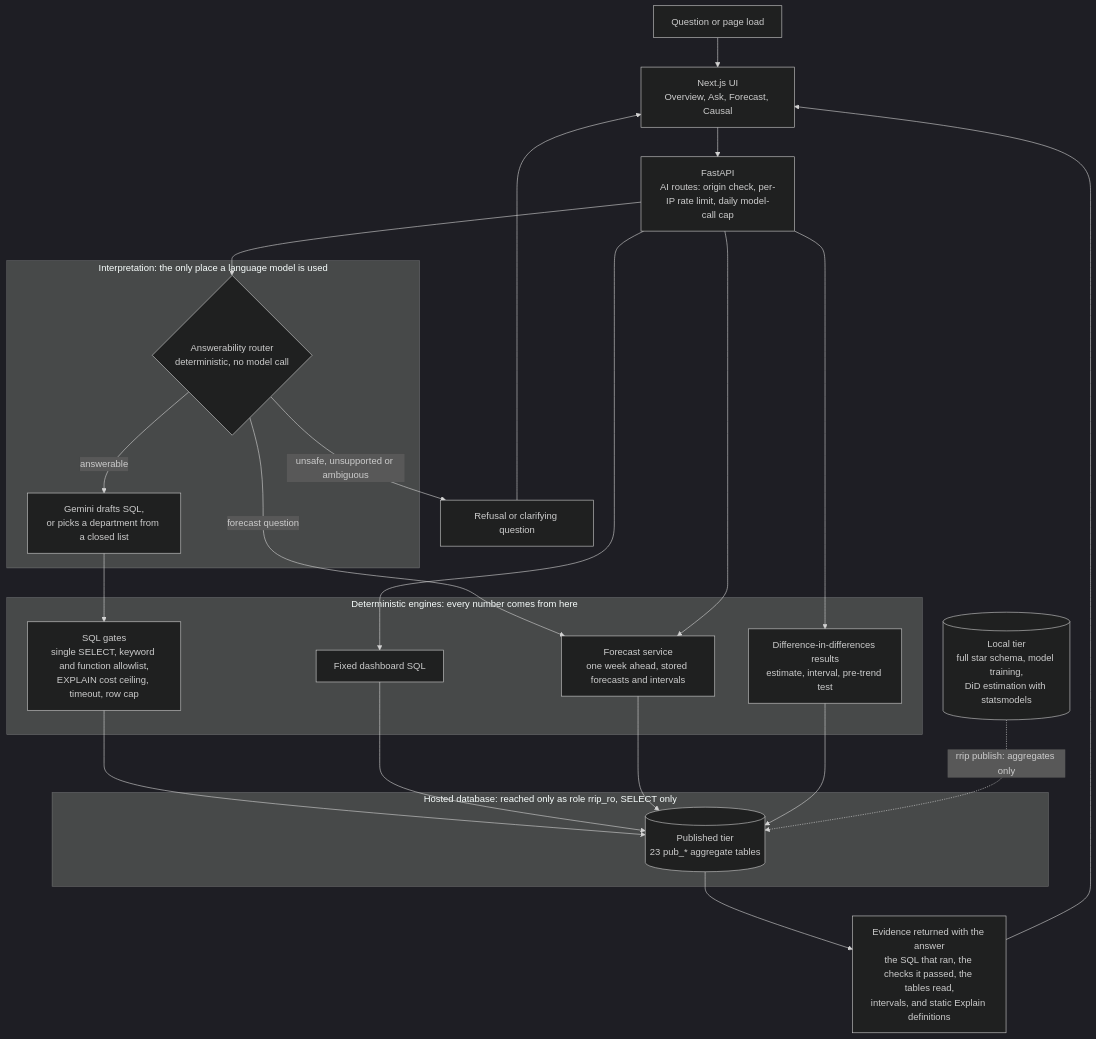
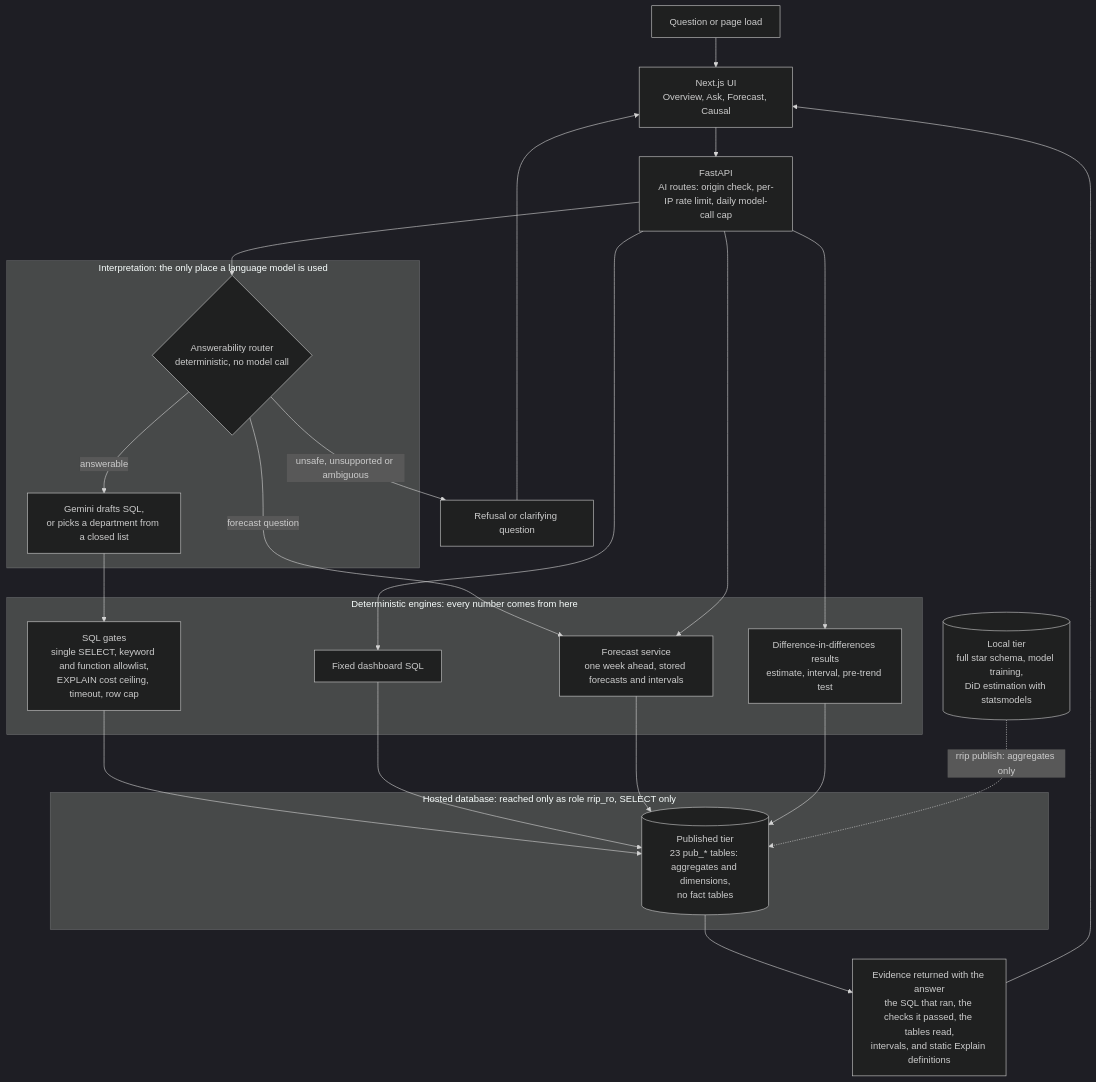
Before and after one commit to Kodishalathrilok/retail-revenue-intelligence: the diagram in README.md, drawn with Mermaid (dark theme). The commit also changed other lines of this file and 21 other files, not shown here.

````diff
--- a/README.md
+++ b/README.md
@@ -48,40 +48,40 @@
 ```mermaid
 flowchart TD
     Q["Question or page load"] --> UI["Next.js UI<br/>Overview, Ask, Forecast, Causal"]
     UI --> API["FastAPI<br/>AI routes: origin check, per-IP rate limit, daily model-call cap"]
 
     subgraph INTERPRET["Interpretation: the only place a language model is used"]
         ROUTER{"Answerability router<br/>deterministic, no model call"}
         LLM["Gemini drafts SQL,<br/>or picks a department from a closed list"]
     end
 
     subgraph ENGINES["Deterministic engines: every number comes from here"]
         GATES["SQL gates<br/>single SELECT, keyword and function allowlist,<br/>EXPLAIN cost ceiling, timeout, row cap"]
         FORECAST["Forecast service<br/>one week ahead, stored forecasts and intervals"]
         CAUSAL["Difference-in-differences results<br/>estimate, interval, pre-trend test"]
         FIXED["Fixed dashboard SQL"]
     end
 
     subgraph HOSTED["Hosted database: reached only as role rrip_ro, SELECT only"]
-        PUB[("Published tier<br/>23 pub_* aggregate tables")]
+        PUB[("Published tier<br/>23 pub_* tables: aggregates and dimensions,<br/>no fact tables")]
     end
 
     LOCAL[("Local tier<br/>full star schema, model training,<br/>DiD estimation with statsmodels")]
 
     API --> ROUTER
     ROUTER -- "unsafe, unsupported or ambiguous" --> REFUSE["Refusal or clarifying question"]
     ROUTER -- "answerable" --> LLM
     ROUTER -- "forecast question" --> FORECAST
     LLM --> GATES
     API --> FIXED
     API --> FORECAST
     API --> CAUSAL
     GATES --> PUB
     FIXED --> PUB
     FORECAST --> PUB
     CAUSAL --> PUB
     LOCAL -. "rrip publish: aggregates only" .-> PUB
     PUB --> EVIDENCE["Evidence returned with the answer<br/>the SQL that ran, the checks it passed, the tables read,<br/>intervals, and static Explain definitions"]
     EVIDENCE --> UI
     REFUSE --> UI
 ```
````
